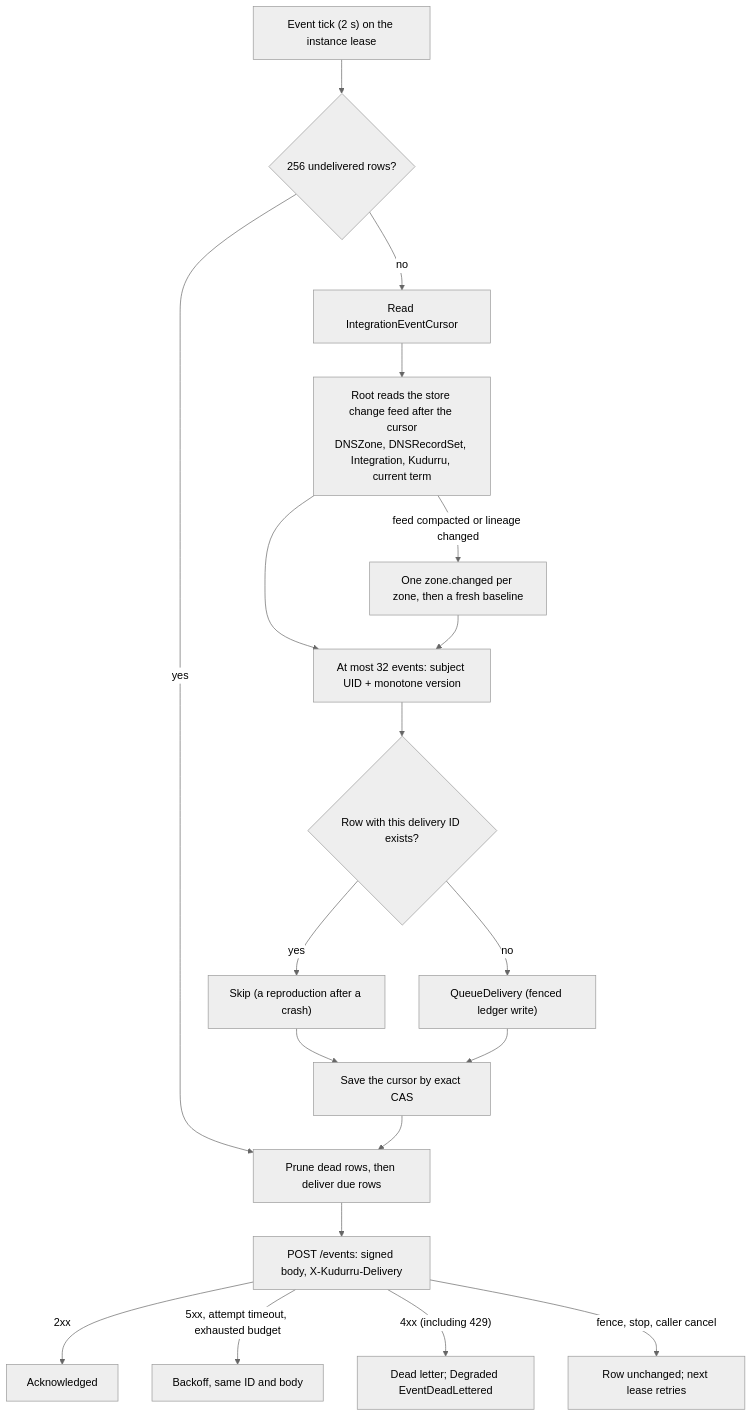
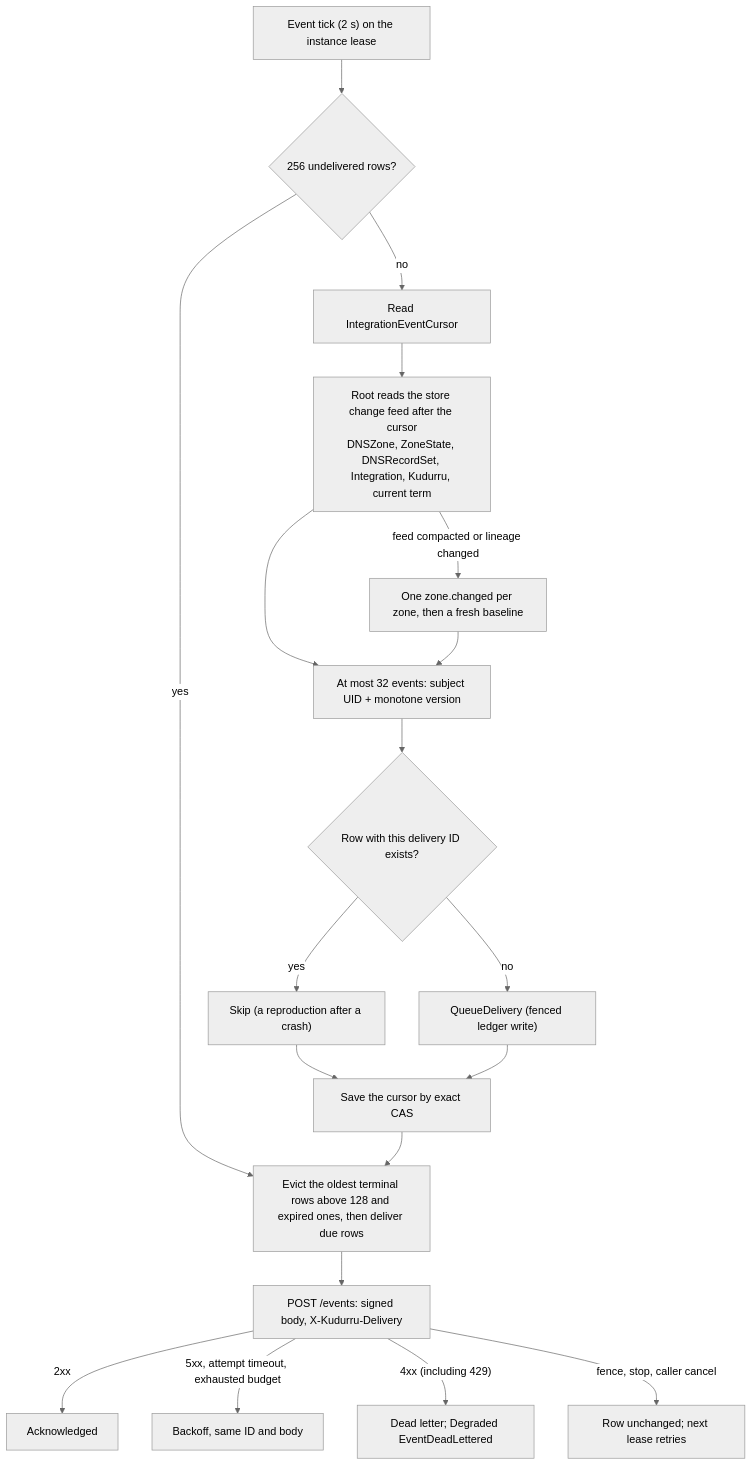
The tenth of 11 diagrams in docs/architecture/integrations.md (robertherbaugh/kudurru), drawn with Mermaid (neutral theme) before and after one commit. The commit also changed other lines of this file and 4 other files, not shown here.

````diff
--- a/docs/architecture/integrations.md
+++ b/docs/architecture/integrations.md
@@ -856,21 +857,21 @@
 ```mermaid
 flowchart TD
     Tick["Event tick (2 s) on the instance lease"] --> Pending{"256 undelivered rows?"}
     Pending -- yes --> Drain
     Pending -- no --> Cursor["Read IntegrationEventCursor"]
-    Cursor --> Feed["Root reads the store change feed after the cursor<br/>DNSZone, DNSRecordSet, Integration, Kudurru, current term"]
+    Cursor --> Feed["Root reads the store change feed after the cursor<br/>DNSZone, ZoneState, DNSRecordSet, Integration, Kudurru, current term"]
     Feed -- "feed compacted or lineage changed" --> Resync["One zone.changed per zone, then a fresh baseline"]
     Feed --> Map["At most 32 events: subject UID + monotone version"]
     Resync --> Map
     Map --> Known{"Row with this delivery ID exists?"}
     Known -- yes --> Skip["Skip (a reproduction after a crash)"]
     Known -- no --> Queue["QueueDelivery (fenced ledger write)"]
     Skip --> Save["Save the cursor by exact CAS"]
     Queue --> Save
-    Save --> Drain["Prune dead rows, then deliver due rows"]
+    Save --> Drain["Evict the oldest terminal rows above 128 and expired ones, then deliver due rows"]
     Drain --> Post["POST /events: signed body, X-Kudurru-Delivery"]
     Post -- 2xx --> Ack["Acknowledged"]
     Post -- "5xx, attempt timeout, exhausted budget" --> Retry["Backoff, same ID and body"]
     Post -- "4xx (including 429)" --> Dead["Dead letter; Degraded EventDeadLettered"]
     Post -- "fence, stop, caller cancel" --> Keep["Row unchanged; next lease retries"]
 ```
````
